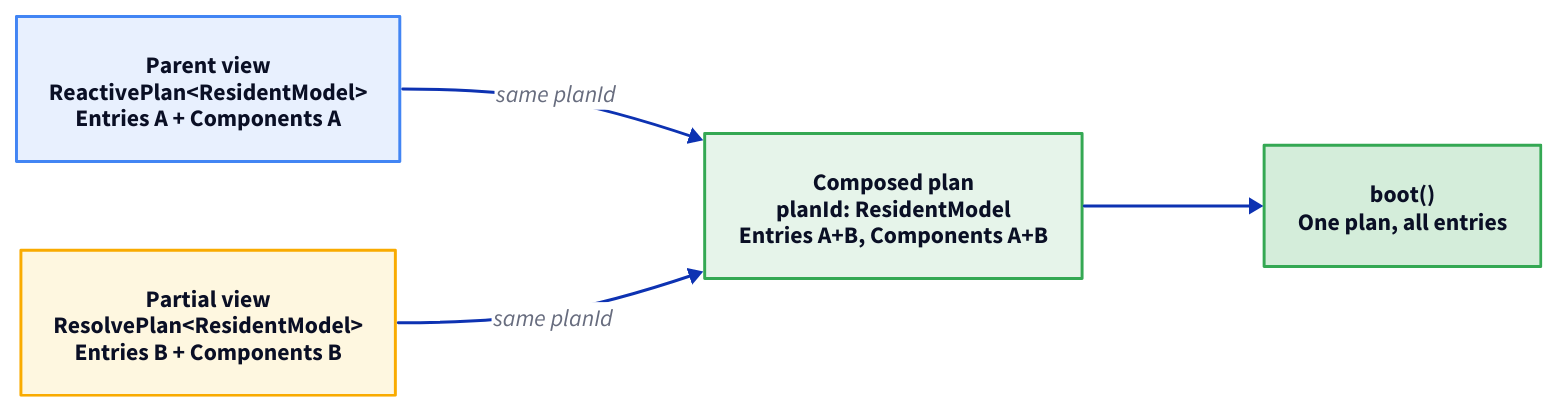
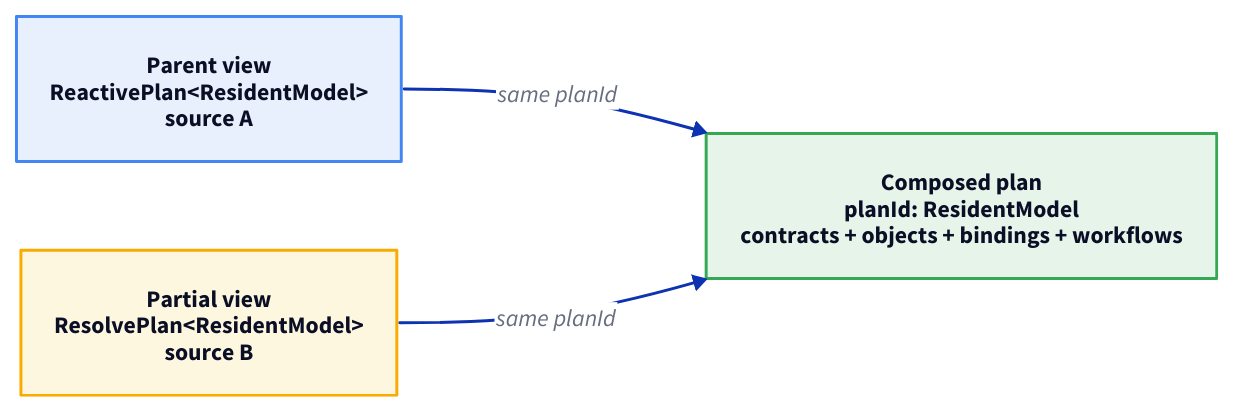
The second of 3 diagrams in docs-site/src/content/docs/architecture/plan-composition.mdx (marafiq/alis-reactive), drawn with D2 before and after one commit. The commit also changed other lines of this file and 1014 other files, not shown here.

Commit message:
redesign reactive framework around the v2 plan model

````diff
--- a/docs-site/src/content/docs/architecture/plan-composition.mdx
+++ b/docs-site/src/content/docs/architecture/plan-composition.mdx
@@ -46,32 +46,25 @@
 ```d2
 direction: right
 
-parent: "Parent view\nReactivePlan<ResidentModel>\nEntries A + Components A" {
+parent: "Parent view\nReactivePlan<ResidentModel>\nsource A" {
   shape: rectangle
   style.fill: "#e8f0fe"
   style.stroke: "#4285f4"
   style.font-size: 16
 }
-partial: "Partial view\nResolvePlan<ResidentModel>\nEntries B + Components B" {
+partial: "Partial view\nResolvePlan<ResidentModel>\nsource B" {
   shape: rectangle
   style.fill: "#fef7e0"
   style.stroke: "#f9ab00"
   style.font-size: 16
 }
-merged: "Composed plan\nplanId: ResidentModel\nEntries A+B, Components A+B" {
+merged: "Composed plan\nplanId: ResidentModel\ncontracts + objects + bindings + workflows" {
   shape: rectangle
   style.fill: "#e6f4ea"
-  style.stroke: "#34a853"
-  style.font-size: 16
-}
-boot: "boot()\nOne plan, all entries" {
-  shape: rectangle
-  style.fill: "#d4edda"
   style.stroke: "#34a853"
   style.font-size: 16
 }
 
 parent -> merged: same planId
 partial -> merged: same planId
-merged -> boot
 ```
````
